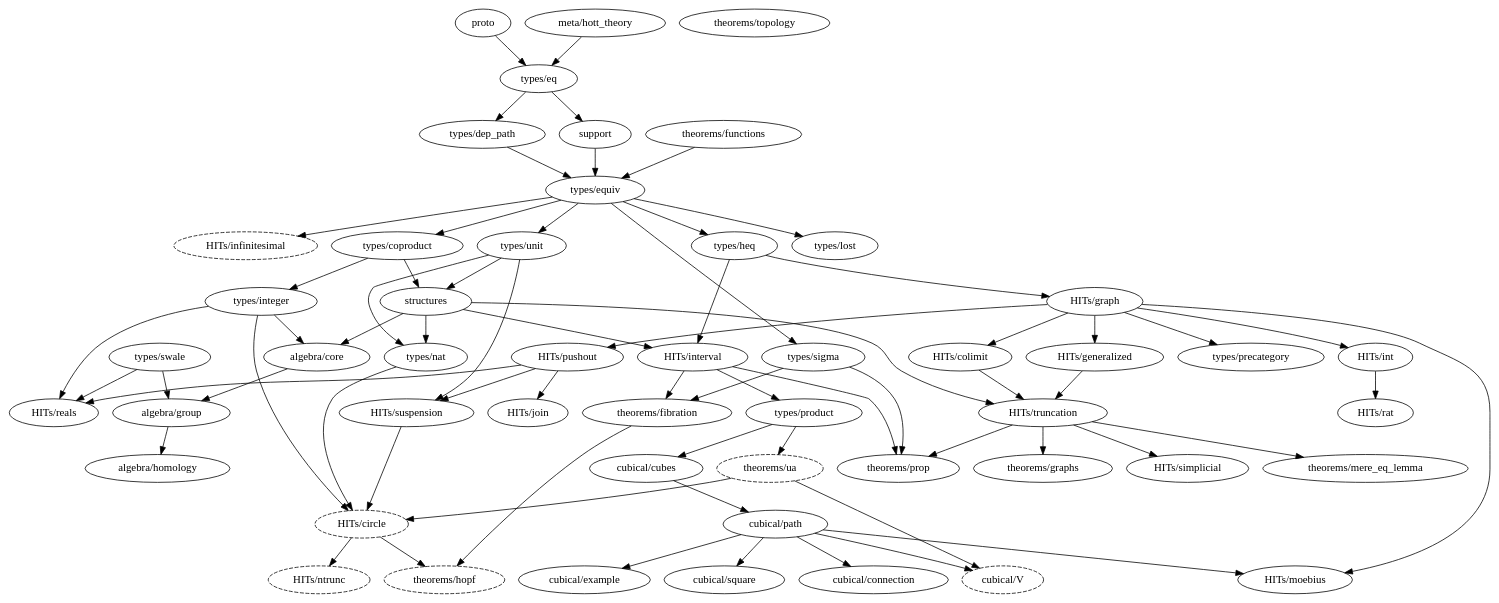
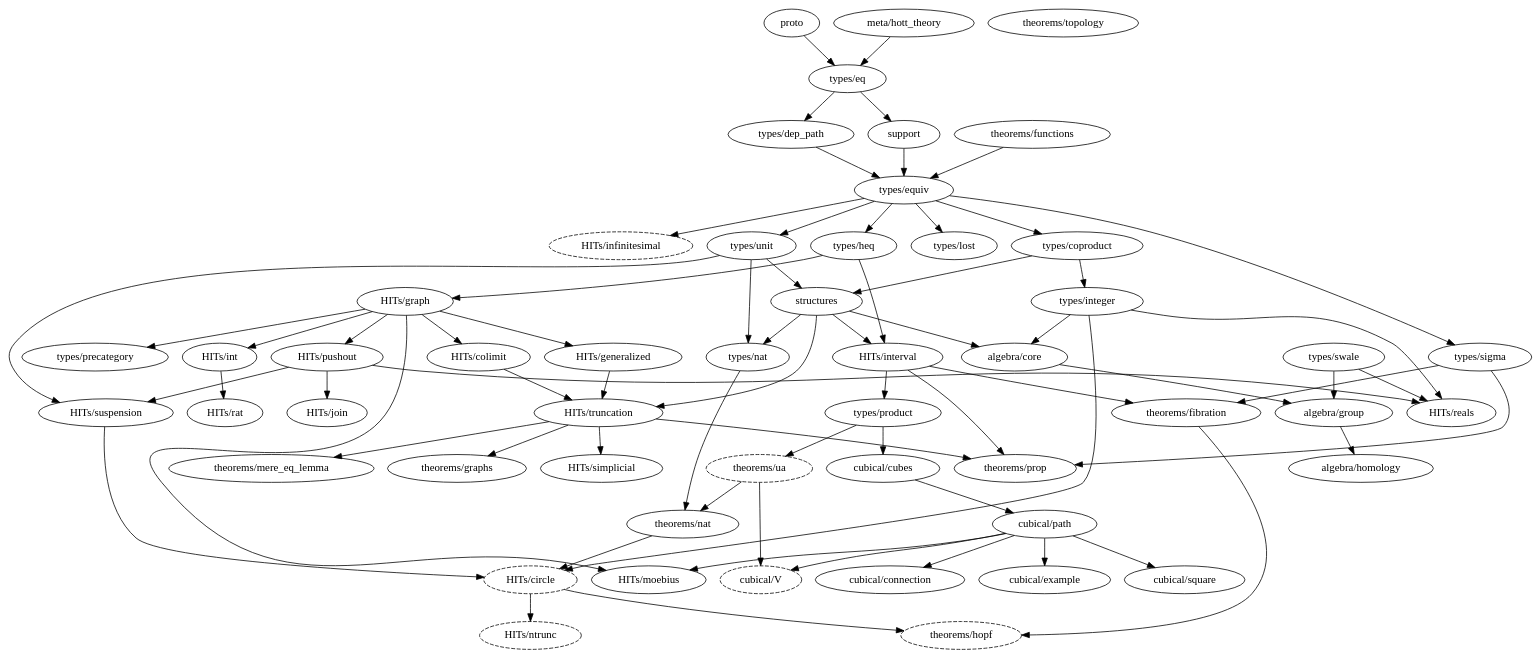
The diagram in dependency_map.gv (forked-from-1kasper/ground_zero), drawn with Graphviz before and after one commit. The commit also changed 3 other files, not shown here.

```diff
--- a/dependency_map.gv
+++ b/dependency_map.gv
@@ -1,117 +1,118 @@
 digraph dependency_map {
   proto -> "types/eq"
   "meta/hott_theory" -> "types/eq"
   support -> "types/equiv"
   structures -> {
     "HITs/interval",
     "HITs/truncation",
     "algebra/core",
     "types/nat"
   }
 
   subgraph univalence {
     node [style=dashed]
     "HITs/circle"
     "HITs/infinitesimal"
     "HITs/ntrunc"
     "theorems/ua"
     "cubical/V"
     "theorems/hopf"
   }
 
   subgraph algebra {
     "algebra/core" -> "algebra/group"
     "algebra/group" -> "algebra/homology"
     "algebra/homology"
   }
 
   subgraph types {
     "types/coproduct" -> { "types/integer", structures }
     "types/dep_path" -> "types/equiv"
     "types/eq" -> { "types/dep_path", support }
     "types/equiv" -> {
       "types/heq",
       "HITs/infinitesimal",
       "types/coproduct",
       "types/lost",
       "types/unit",
       "types/sigma"
     }
     "types/heq" -> {
       "HITs/interval",
       "HITs/graph"
     }
     "types/integer" -> { "HITs/circle", "HITs/reals", "algebra/core" }
     "types/lost"
-    "types/nat" -> { "HITs/circle" }
+    "types/nat" -> { "theorems/nat" }
     "types/product" -> { "cubical/cubes", "theorems/ua" }
     "types/sigma" -> { "theorems/fibration", "theorems/prop" }
     "types/swale" -> { "HITs/reals", "algebra/group" }
     "types/unit" -> { structures, "HITs/suspension", "types/nat" }
   }
 
   subgraph HITs {
     "HITs/circle" -> { "HITs/ntrunc", "theorems/hopf" }
     "HITs/colimit" -> "HITs/truncation"
     "HITs/generalized" -> "HITs/truncation"
     "HITs/graph" -> {
       "HITs/colimit",
       "HITs/generalized",
       "HITs/int",
       "HITs/pushout",
       "HITs/moebius",
       "types/precategory"
     }
     "HITs/infinitesimal"
     "HITs/int" -> "HITs/rat"
     "HITs/interval" -> {
       "types/product",
       "theorems/prop",
       "theorems/fibration"
     }
     "HITs/join"
     "HITs/moebius"
     "HITs/ntrunc"
     "HITs/pushout" -> {
       "HITs/join",
       "HITs/reals",
       "HITs/suspension"
     }
     "HITs/rat"
     "HITs/reals"
     "HITs/simplicial"
     "HITs/suspension" -> "HITs/circle"
     "HITs/truncation" -> {
       "theorems/mere_eq_lemma",
       "theorems/prop",
       "theorems/graphs",
       "HITs/simplicial"
     }
   }
 
   subgraph cubical {
     "cubical/connection"
     "cubical/cubes" -> "cubical/path"
     "cubical/example"
     "cubical/path" -> {
       "cubical/square",
       "cubical/example",
       "cubical/V",
       "cubical/connection",
       "HITs/moebius"
     }
     "cubical/square"
     "cubical/V"
   }
 
   subgraph theorems {
     "theorems/fibration" -> { "theorems/hopf" }
     "theorems/functions" -> { "types/equiv" }
     "theorems/graphs"
     "theorems/hopf"
     "theorems/mere_eq_lemma"
+    "theorems/nat" -> { "HITs/circle" }
     "theorems/prop"
     "theorems/topology"
-    "theorems/ua" -> { "HITs/circle", "cubical/V" }
+    "theorems/ua" -> { "theorems/nat", "cubical/V" }
   }
 }
```
